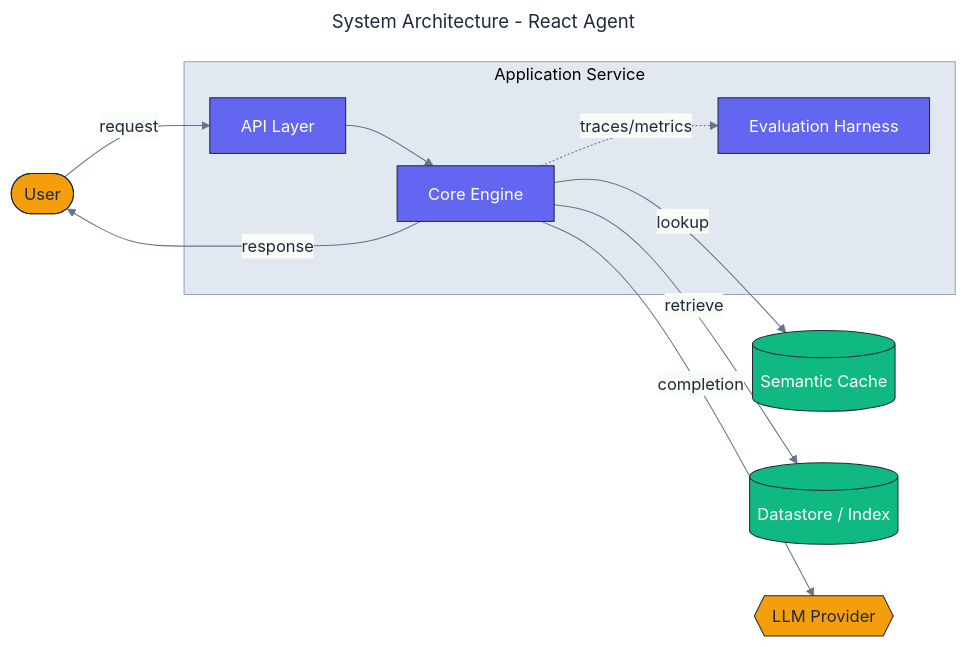
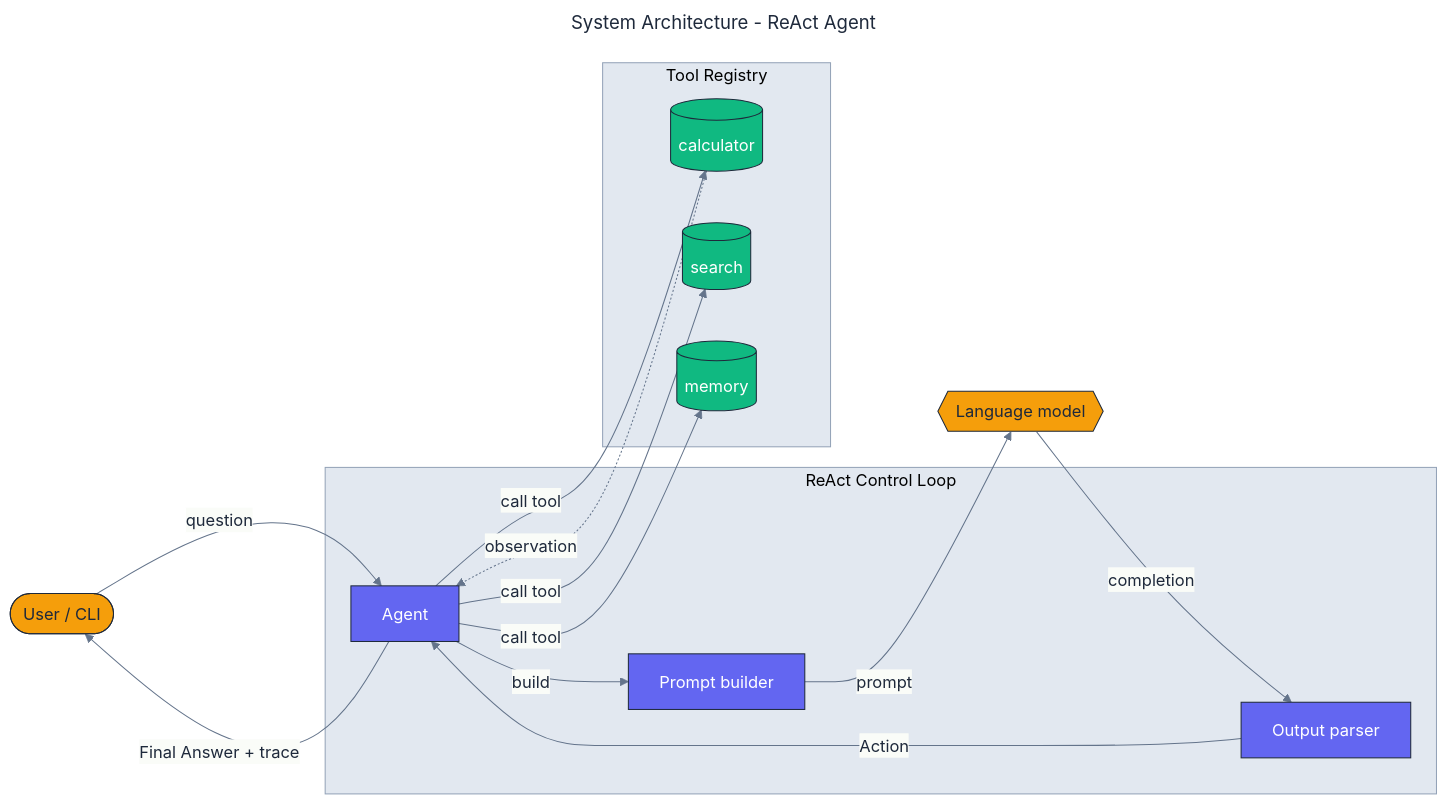
One commit to adeoluo/react-agent changed the diagram in docs/architecture/architecture.mmd. Above: the diagram before and after it, drawn with Mermaid. The commit also changed 11 other files, not shown here.

First line of the commit message:
docs: write README, architecture diagram, and responsible-AI cards

```diff
--- a/docs/architecture/architecture.mmd
+++ b/docs/architecture/architecture.mmd
@@ -1,38 +1,44 @@
 ---
-title: System Architecture - React Agent
+title: System Architecture - ReAct Agent
 config:
   theme: base
   themeVariables:
     fontFamily: "Inter, system-ui, sans-serif"
     primaryColor: "#F8FAFC"
     primaryBorderColor: "#1E293B"
     primaryTextColor: "#1E293B"
     lineColor: "#64748B"
     clusterBkg: "#E2E8F0"
     clusterBorder: "#94A3B8"
 ---
 flowchart LR
     classDef core     fill:#6366F1,stroke:#1E293B,color:#ffffff,stroke-width:1px;
     classDef data     fill:#10B981,stroke:#1E293B,color:#ffffff,stroke-width:1px;
     classDef external fill:#F59E0B,stroke:#1E293B,color:#1E293B,stroke-width:1px;
-    classDef danger   fill:#EF4444,stroke:#1E293B,color:#ffffff,stroke-width:1px;
 
-    User([User]):::external
+    User([User / CLI]):::external
 
-    subgraph Application["Application Service"]
-        API[API Layer]:::core
-        Core[Core Engine]:::core
-        Evaluation[Evaluation Harness]:::core
+    subgraph Loop["ReAct Control Loop"]
+        Prompt[Prompt builder]:::core
+        Parser[Output parser]:::core
+        Agent[Agent]:::core
     end
 
-    Cache[(Semantic Cache)]:::data
-    Store[(Datastore / Index)]:::data
-    LLM{{LLM Provider}}:::external
+    subgraph Tools["Tool Registry"]
+        Calc[(calculator)]:::data
+        Search[(search)]:::data
+        Memory[(memory)]:::data
+    end
 
-    User -->|request| API
-    API --> Core
-    Core -->|lookup| Cache
-    Core -->|retrieve| Store
-    Core -->|completion| LLM
-    Core -.->|traces/metrics| Evaluation
-    Core -->|response| User
+    LLM{{Language model}}:::external
+
+    User -->|question| Agent
+    Agent -->|build| Prompt
+    Prompt -->|prompt| LLM
+    LLM -->|completion| Parser
+    Parser -->|Action| Agent
+    Agent -->|call tool| Calc
+    Agent -->|call tool| Search
+    Agent -->|call tool| Memory
+    Calc -.->|observation| Agent
+    Agent -->|Final Answer + trace| User
```
